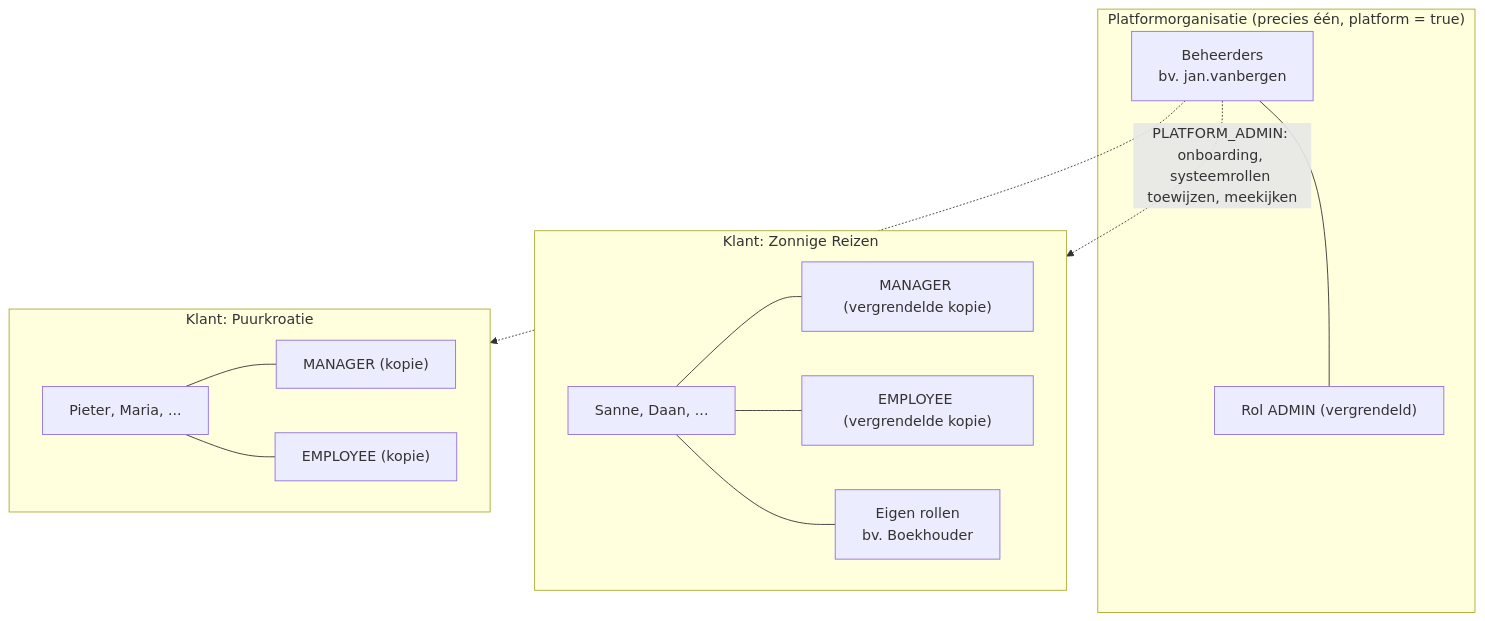
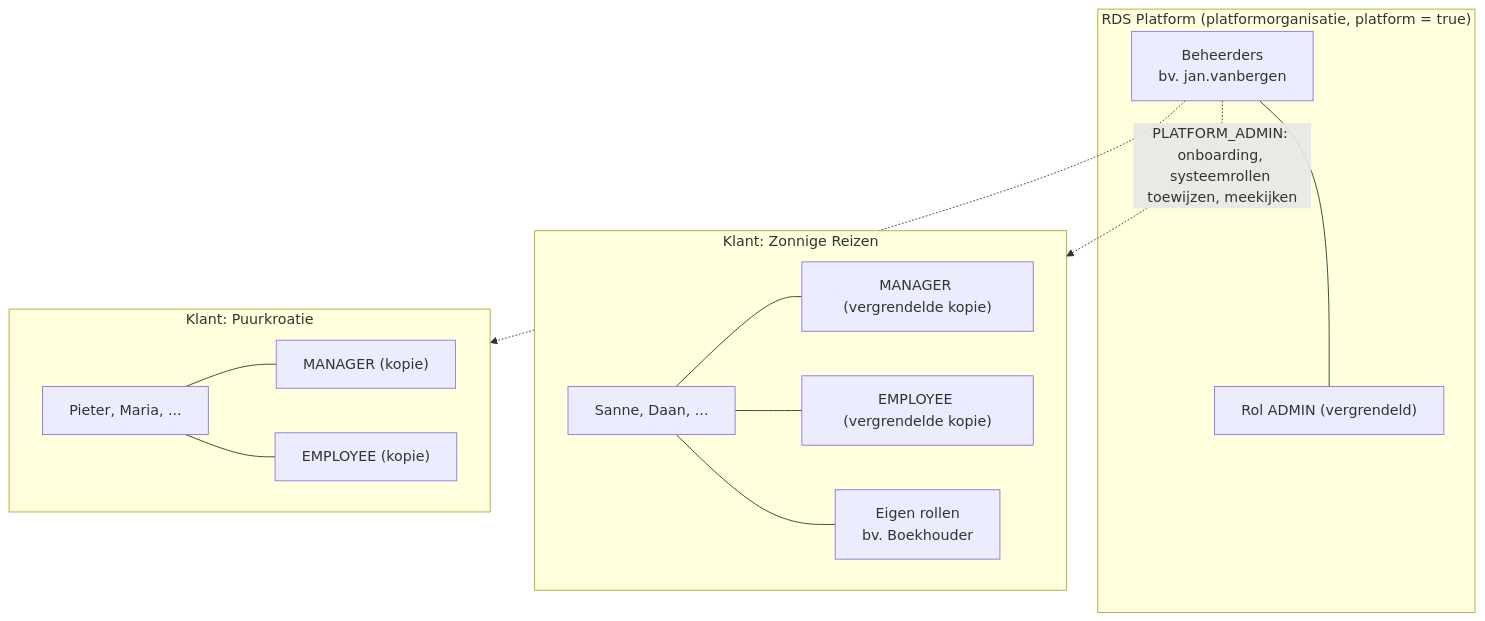
One commit to kbosma/rds changed the first of 12 diagrams in docs/voorstel-eigen-rollen.md. Above: the diagram before and after it, drawn with Mermaid. The commit also changed other lines of this file and 1 other file, not shown here.

Commit message:
docs: besluiten op de open vragen verwerkt in het voorstel eigen rollen (rechtenlogboek, laatste MANAGER, nieuwe rechten, RDS Platform)

````diff
--- a/docs/voorstel-eigen-rollen.md
+++ b/docs/voorstel-eigen-rollen.md
@@ -45,23 +45,23 @@
 ```mermaid
 flowchart TB
-    subgraph P["Platformorganisatie (precies één, platform = true)"]
+    subgraph P["RDS Platform (platformorganisatie, platform = true)"]
         PA["Rol ADMIN (vergrendeld)"]
         PU["Beheerders<br/>bv. jan.vanbergen"]
         PU --- PA
     end
     subgraph K1["Klant: Zonnige Reizen"]
         K1M["MANAGER (vergrendelde kopie)"]
         K1E["EMPLOYEE (vergrendelde kopie)"]
         K1R["Eigen rollen<br/>bv. Boekhouder"]
         K1U["Sanne, Daan, ..."]
         K1U --- K1M & K1E & K1R
     end
     subgraph K2["Klant: Puurkroatie"]
         K2M["MANAGER (kopie)"]
         K2E["EMPLOYEE (kopie)"]
         K2U["Pieter, Maria, ..."]
         K2U --- K2M & K2E
     end
     PU -. "PLATFORM_ADMIN: onboarding, systeemrollen toewijzen, meekijken" .-> K1
     PU -.-> K2
 ```
````
